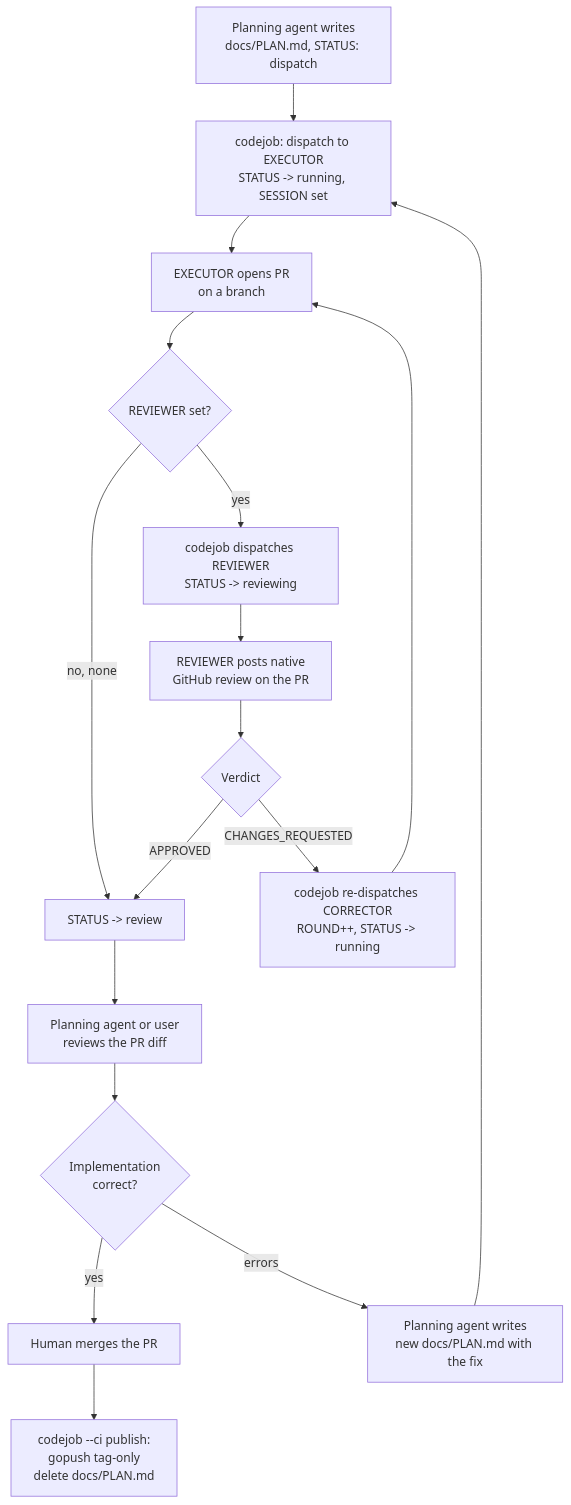
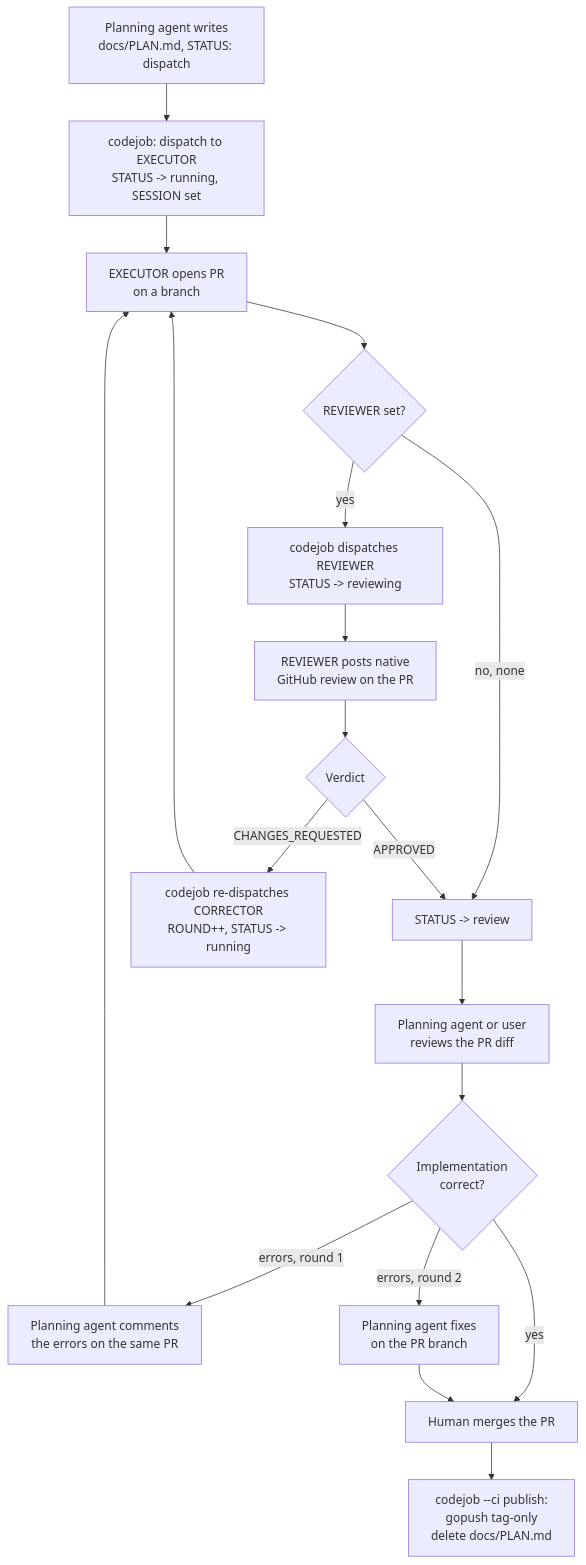
The diagram in skills/agents-workflow/SKILL.md (webtyp/devskills), drawn with Mermaid before and after one commit. The commit also changed other lines of this file and 2 other files, not shown here.

Commit message:
feat: update agents-workflow and plan-authoring skills with review round procedures and concurrency rules

````diff
--- a/skills/agents-workflow/SKILL.md
+++ b/skills/agents-workflow/SKILL.md
@@ -151,19 +151,21 @@
 ```mermaid
 flowchart TD
     A[Planning agent writes<br/>docs/PLAN.md, STATUS: dispatch] --> B[codejob: dispatch to EXECUTOR<br/>STATUS -> running, SESSION set]
     B --> C[EXECUTOR opens PR<br/>on a branch]
     C --> D{REVIEWER set?}
     D -->|yes| E[codejob dispatches REVIEWER<br/>STATUS -> reviewing]
     D -->|no, none| F[STATUS -> review]
     E --> G[REVIEWER posts native<br/>GitHub review on the PR]
     G --> H{Verdict}
     H -->|CHANGES_REQUESTED| I[codejob re-dispatches CORRECTOR<br/>ROUND++, STATUS -> running]
     H -->|APPROVED| F
     I --> C
     F --> J[Planning agent or user<br/>reviews the PR diff]
     J --> K{Implementation<br/>correct?}
     K -->|yes| L[Human merges the PR]
-    K -->|errors| M[Planning agent writes<br/>new docs/PLAN.md with the fix]
-    M --> B
+    K -->|errors, round 1| M[Planning agent comments<br/>the errors on the same PR]
+    M --> C
+    K -->|errors, round 2| O[Planning agent fixes<br/>on the PR branch]
+    O --> L
     L --> N[codejob --ci publish:<br/>gopush tag-only<br/>delete docs/PLAN.md]
 ```
````
